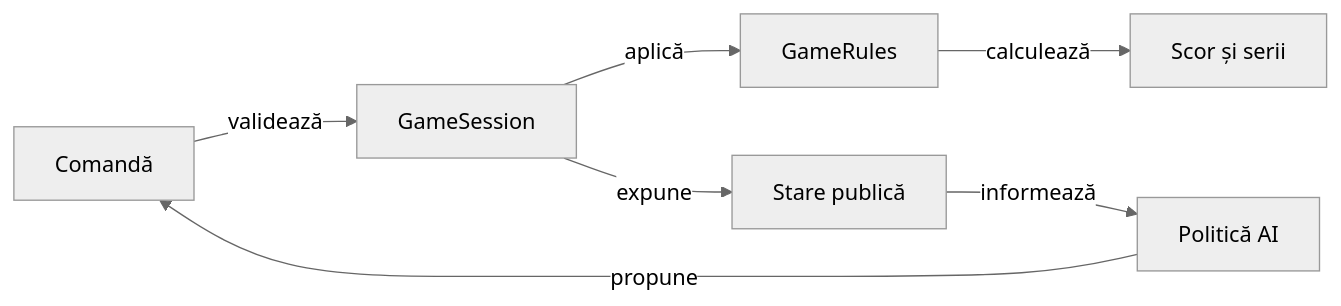
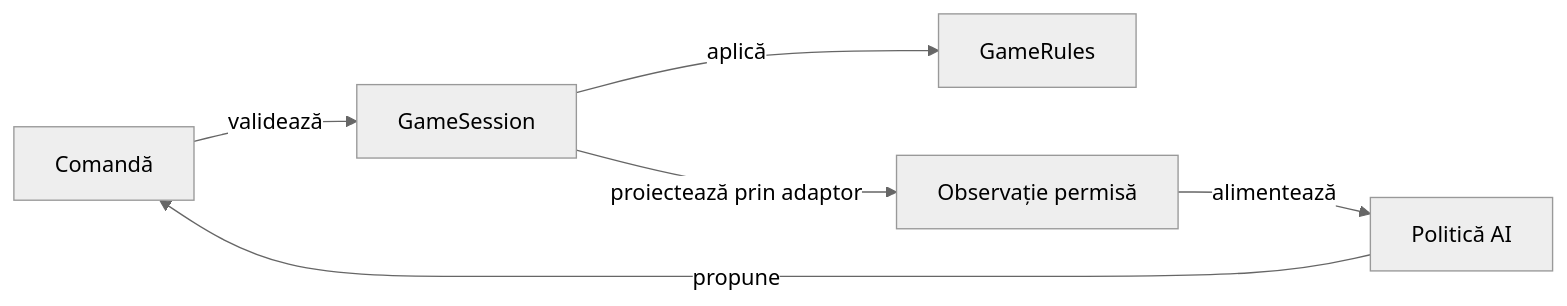
Before and after one commit to crististefanita/atf_j4: the diagram in whist-lab-app/game-core/README.md, drawn with Mermaid (neutral theme). The commit also changed other lines of this file and 30 other files, not shown here.

````diff
--- a/whist-lab-app/game-core/README.md
+++ b/whist-lab-app/game-core/README.md
@@ -11,9 +11,8 @@
 ```mermaid
 flowchart LR
-CMD[Comandă] -->|validează| SESSION[GameSession]
-SESSION -->|aplică| RULES[GameRules]
-RULES -->|calculează| SCORE[Scor și serii]
-SESSION -->|expune| SNAP[Stare publică]
-SNAP -->|informează| POLICY[Politică AI]
-POLICY -->|propune| CMD
+    CMD[Comandă] -->|validează| SESSION[GameSession]
+    SESSION -->|aplică| RULES[GameRules]
+    SESSION -->|proiectează prin adaptor| OBS[Observație permisă]
+    OBS -->|alimentează| POLICY[Politică AI]
+    POLICY -->|propune| CMD
 ```
````
